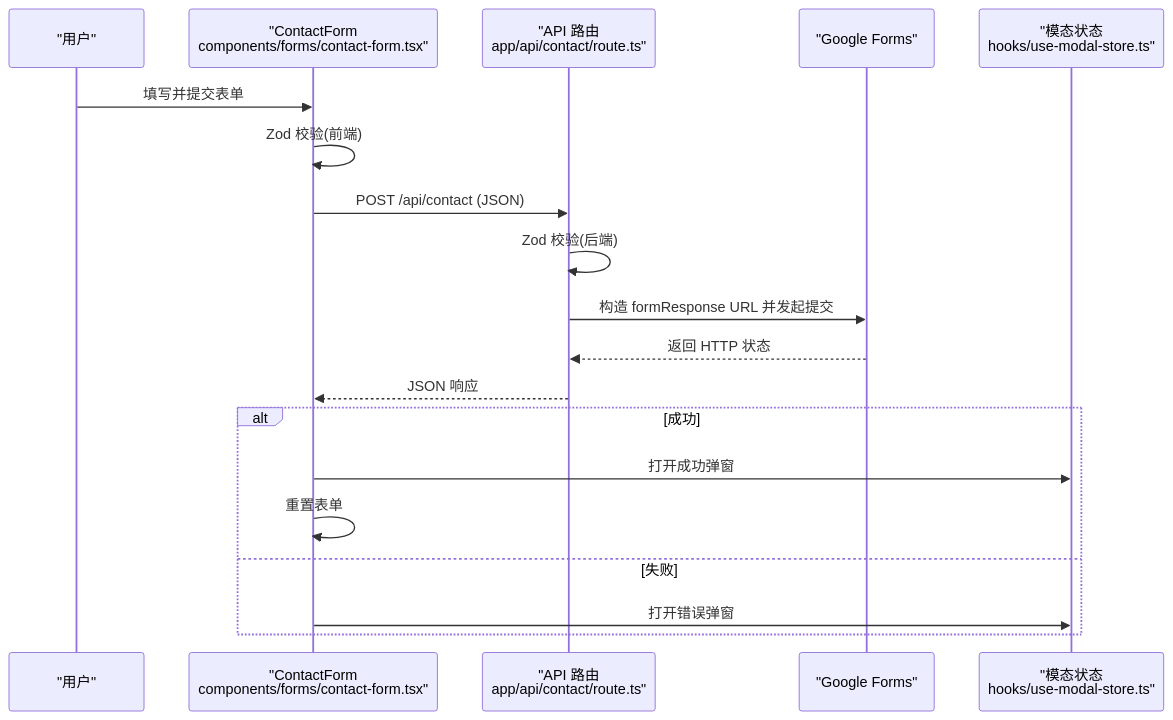
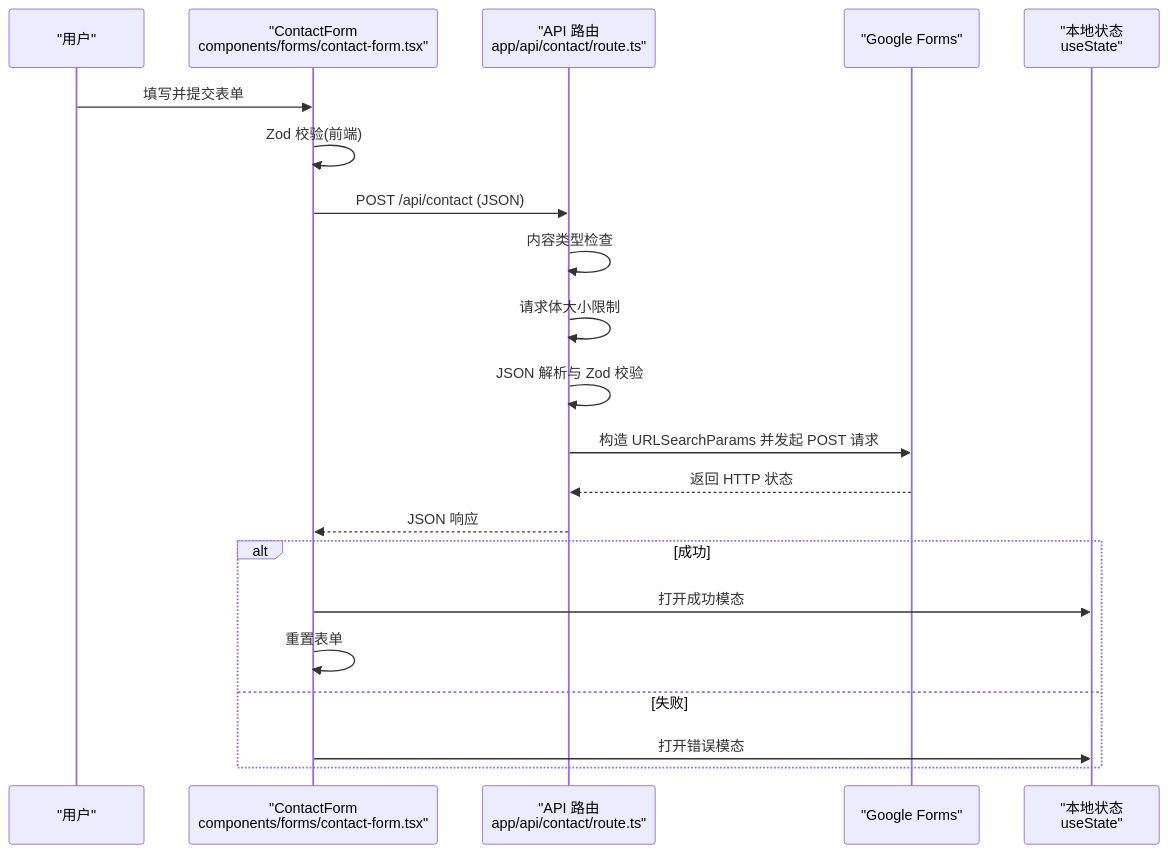
Before and after one commit to florianjsun/next-portfolio: the second of 5 diagrams in .qoder/repowiki/zh/content/核心功能模块/联系表单系统.md, drawn with Mermaid. The commit also changed other lines of this file and 49 other files, not shown here.

````diff
--- a/.qoder/repowiki/zh/content/核心功能模块/联系表单系统.md
+++ b/.qoder/repowiki/zh/content/核心功能模块/联系表单系统.md
@@ -76,21 +90,23 @@
 ```mermaid
 sequenceDiagram
 participant U as "用户"
 participant CF as "ContactForm<br/>components/forms/contact-form.tsx"
 participant API as "API 路由<br/>app/api/contact/route.ts"
 participant GF as "Google Forms"
-participant MS as "模态状态<br/>hooks/use-modal-store.ts"
+participant MS as "本地状态<br/>useState"
 U->>CF : 填写并提交表单
 CF->>CF : Zod 校验(前端)
 CF->>API : POST /api/contact (JSON)
-API->>API : Zod 校验(后端)
-API->>GF : 构造 formResponse URL 并发起提交
+API->>API : 内容类型检查
+API->>API : 请求体大小限制
+API->>API : JSON 解析与 Zod 校验
+API->>GF : 构造 URLSearchParams 并发起 POST 请求
 GF-->>API : 返回 HTTP 状态
 API-->>CF : JSON 响应
 alt 成功
-CF->>MS : 打开成功弹窗
+CF->>MS : 打开成功模态
 CF->>CF : 重置表单
 else 失败
-CF->>MS : 打开错误弹窗
+CF->>MS : 打开错误模态
 end
 ```
````
